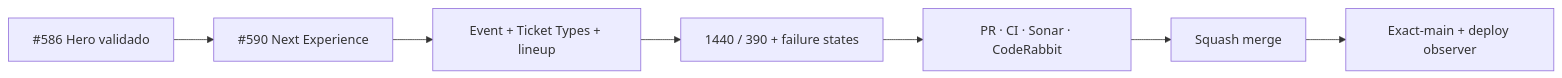
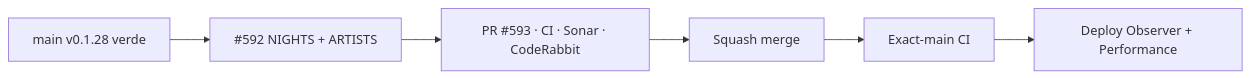
The diagram in README.md (pl0n3r/brvtal), drawn with Mermaid before and after one commit. The commit also changed other lines of this file and 12 other files, not shown here.

First line of the commit message:
design: authored Concept 05 Nights + Artists for desktop and mobile (v0.1.29) (#593)

````diff
--- a/README.md
+++ b/README.md
@@ -48,9 +49,8 @@
 ```mermaid
 flowchart LR
- H["#586 Hero validado"] --> E["#590 Next Experience"]
- E --> D["Event + Ticket Types + lineup"]
- D --> V["1440 / 390 + failure states"]
- V --> P["PR · CI · Sonar · CodeRabbit"]
+ B["main v0.1.28 verde"] --> N["#592 NIGHTS + ARTISTS"]
+ N --> P["PR #593 · CI · Sonar · CodeRabbit"]
  P --> M["Squash merge"]
- M --> X["Exact-main + deploy observer"]
+ M --> X["Exact-main CI"]
+ X --> D["Deploy Observer + Performance"]
 ```
````
